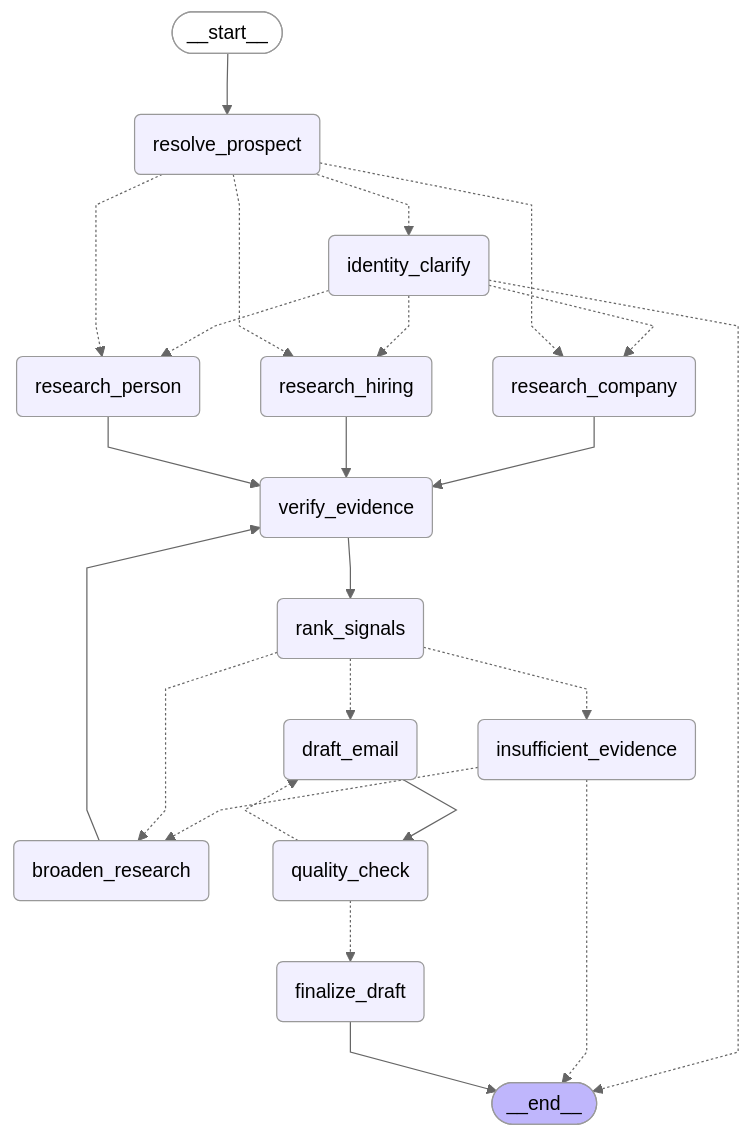
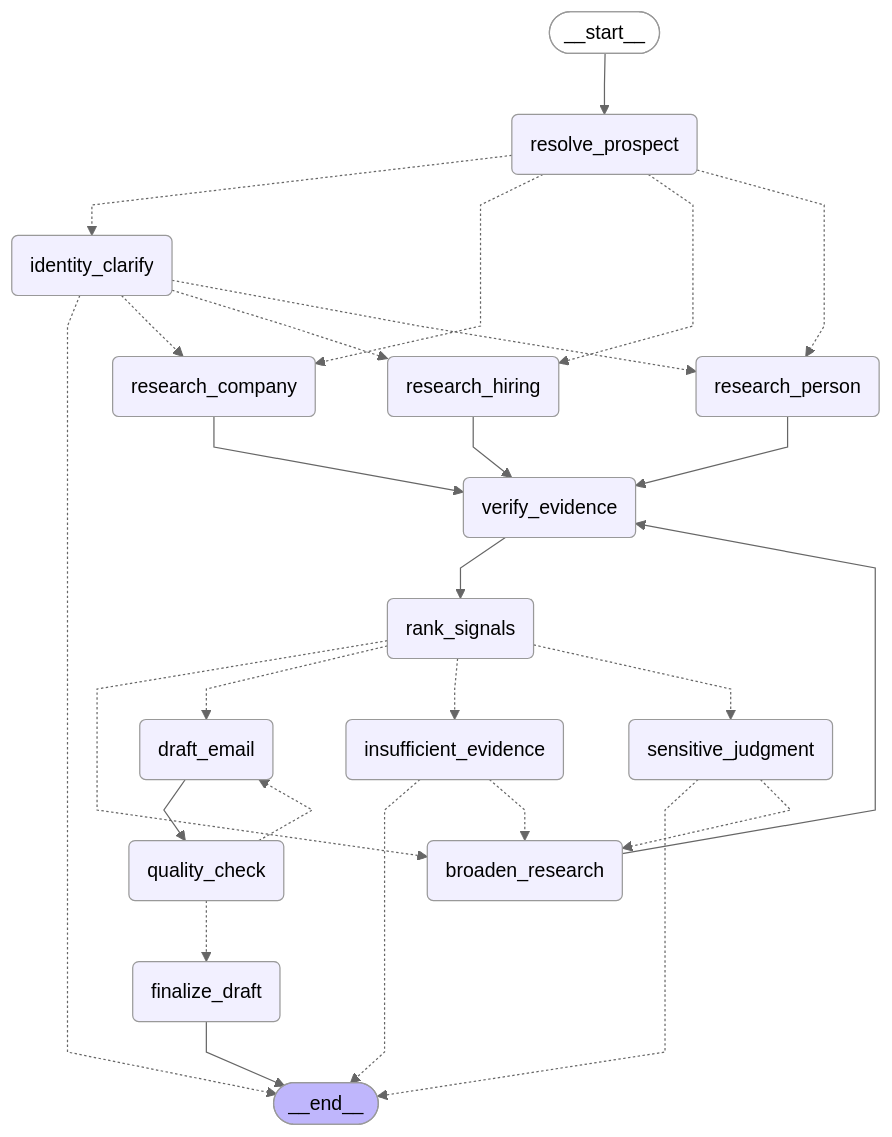
The diagram in docs/graph.mmd (nandiniagrl/Zamp-AI--PS-3), drawn with Mermaid (neutral theme) before and after one commit. The commit also changed 7 other files, not shown here.

Commit message:
Phase 9C: sensitive-news handling (skip to best alternative, or pause for human judgment / abstain)

```diff
--- a/docs/graph.mmd
+++ b/docs/graph.mmd
@@ -1,46 +1,50 @@
 ---
 config:
   flowchart:
     curve: linear
 ---
 graph TD;
 	__start__([<p>__start__</p>]):::first
 	resolve_prospect(resolve_prospect)
 	identity_clarify(identity_clarify)
 	research_person(research_person)
 	research_company(research_company)
 	research_hiring(research_hiring)
 	verify_evidence(verify_evidence)
 	rank_signals(rank_signals)
 	broaden_research(broaden_research)
 	insufficient_evidence(insufficient_evidence)
+	sensitive_judgment(sensitive_judgment)
 	draft_email(draft_email)
 	quality_check(quality_check)
 	finalize_draft(finalize_draft)
 	__end__([<p>__end__</p>]):::last
 	__start__ --> resolve_prospect;
 	broaden_research --> verify_evidence;
 	draft_email --> quality_check;
 	identity_clarify -.-> __end__;
 	identity_clarify -.-> research_company;
 	identity_clarify -.-> research_hiring;
 	identity_clarify -.-> research_person;
 	insufficient_evidence -.-> __end__;
 	insufficient_evidence -.-> broaden_research;
 	quality_check -.-> draft_email;
 	quality_check -.-> finalize_draft;
 	rank_signals -.-> broaden_research;
 	rank_signals -.-> draft_email;
 	rank_signals -.-> insufficient_evidence;
+	rank_signals -.-> sensitive_judgment;
 	research_company --> verify_evidence;
 	research_hiring --> verify_evidence;
 	research_person --> verify_evidence;
 	resolve_prospect -.-> identity_clarify;
 	resolve_prospect -.-> research_company;
 	resolve_prospect -.-> research_hiring;
 	resolve_prospect -.-> research_person;
+	sensitive_judgment -.-> __end__;
+	sensitive_judgment -.-> broaden_research;
 	verify_evidence --> rank_signals;
 	finalize_draft --> __end__;
 	classDef default fill:#f2f0ff,line-height:1.2
 	classDef first fill-opacity:0
 	classDef last fill:#bfb6fc
```
